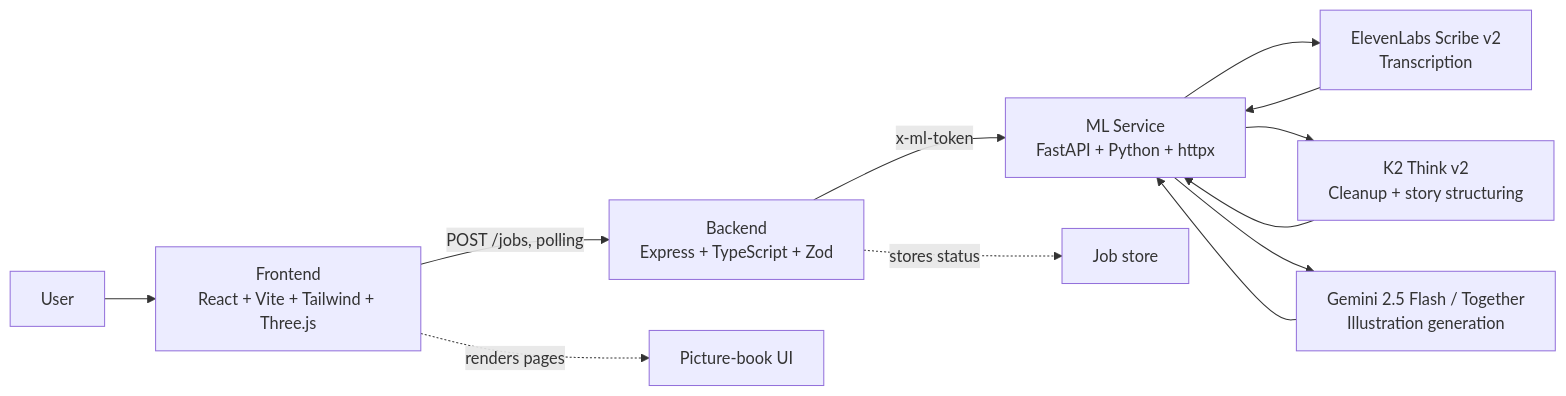
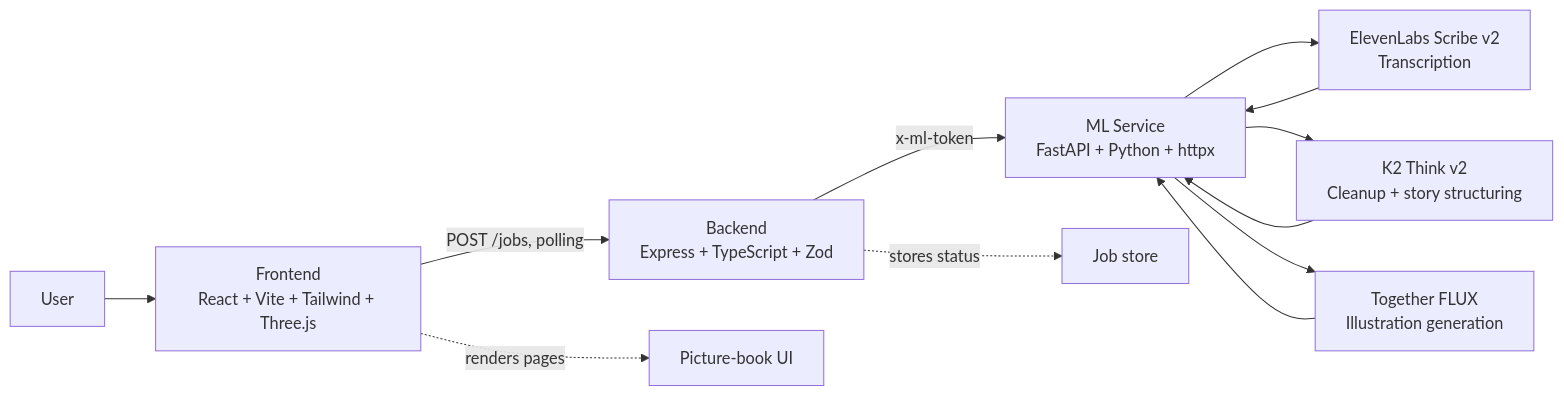
Before and after one commit to Ananya-Jha-code/DreamsComeTrue: the diagram in README.md, drawn with Mermaid. The commit also changed other lines of this file and 5 other files, not shown here.

````diff
--- a/README.md
+++ b/README.md
@@ -25,16 +25,16 @@
 ```mermaid
 flowchart LR
 	user[User] --> ui[Frontend<br/>React + Vite + Tailwind + Three.js]
 	ui -- POST /jobs, polling --> api[Backend<br/>Express + TypeScript + Zod]
 	api -- x-ml-token --> ml[ML Service<br/>FastAPI + Python + httpx]
 
 	ml --> stt[ElevenLabs Scribe v2<br/>Transcription]
 	ml --> k2[K2 Think v2<br/>Cleanup + story structuring]
-	ml --> img[Gemini 2.5 Flash / Together<br/>Illustration generation]
+	ml --> img[Together FLUX<br/>Illustration generation]
 
 	api -. stores status .-> store[Job store]
 	ui -. renders pages .-> book[Picture-book UI]
 	stt --> ml
 	k2 --> ml
 	img --> ml
 ```
````
